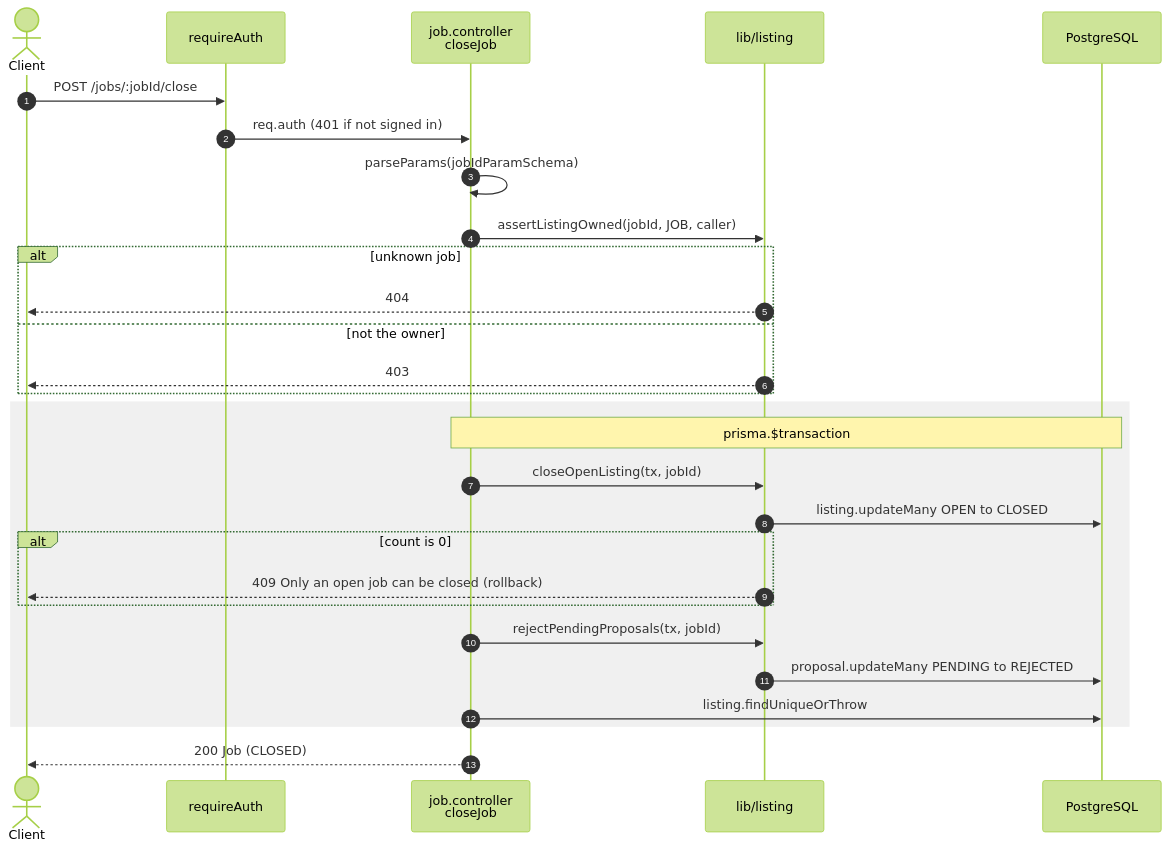
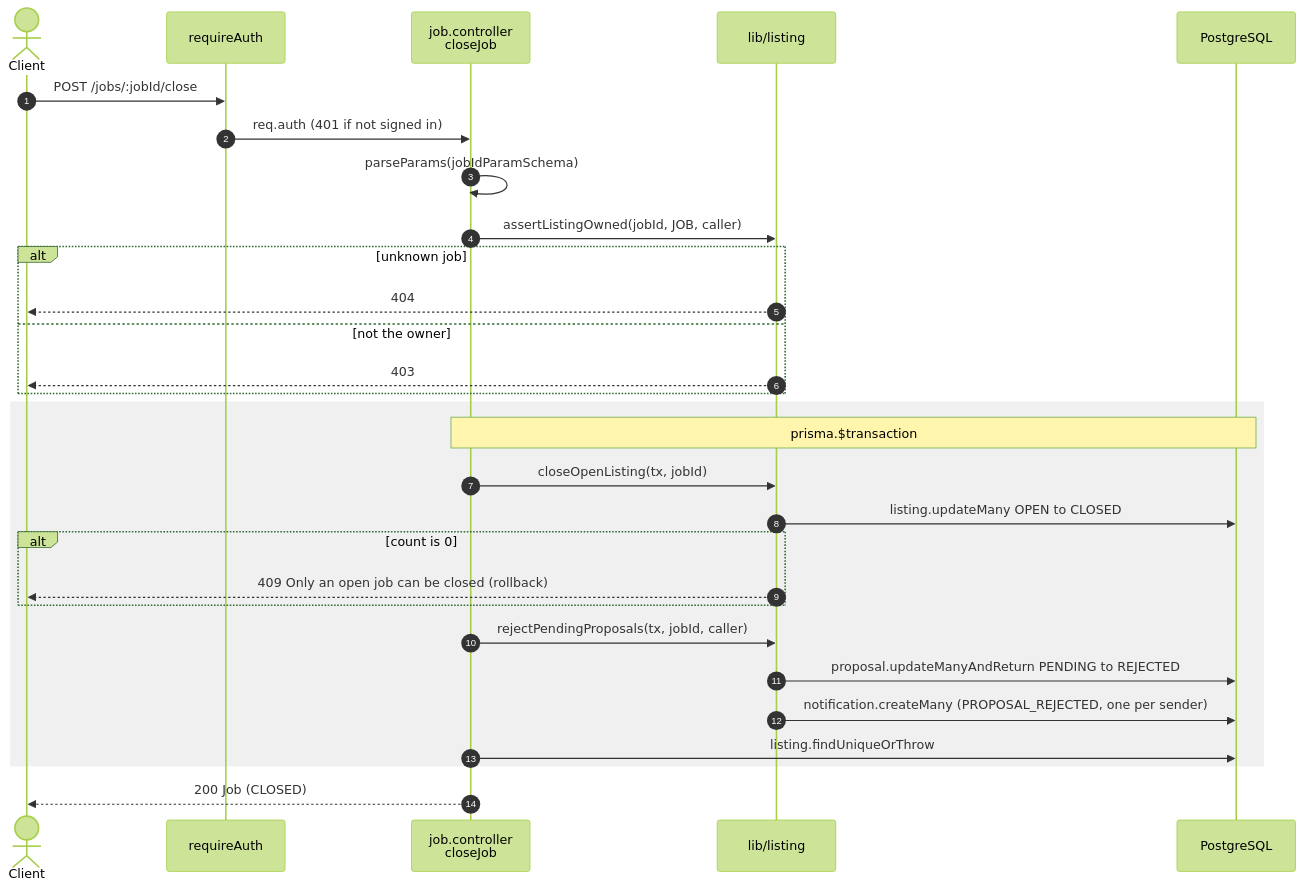
Before and after one commit to taofuuu/MangoDB: the seventh of 8 diagrams in docs/api/jobs.md, drawn with Mermaid (forest theme). The commit also changed other lines of this file and 9 other files, not shown here.

````diff
--- a/docs/api/jobs.md
+++ b/docs/api/jobs.md
@@ -215,31 +215,32 @@
 ```mermaid
 sequenceDiagram
     autonumber
     actor C as Client
     participant G as requireAuth
     participant Ctl as job.controller<br/>closeJob
     participant L as lib/listing
     participant DB as PostgreSQL
 
     C->>G: POST /jobs/:jobId/close
     G->>Ctl: req.auth (401 if not signed in)
     Ctl->>Ctl: parseParams(jobIdParamSchema)
     Ctl->>L: assertListingOwned(jobId, JOB, caller)
     alt unknown job
         L-->>C: 404
     else not the owner
         L-->>C: 403
     end
     rect rgba(128, 128, 128, 0.12)
         Note over Ctl,DB: prisma.$transaction
         Ctl->>L: closeOpenListing(tx, jobId)
         L->>DB: listing.updateMany OPEN to CLOSED
         alt count is 0
             L-->>C: 409 Only an open job can be closed (rollback)
         end
-        Ctl->>L: rejectPendingProposals(tx, jobId)
-        L->>DB: proposal.updateMany PENDING to REJECTED
+        Ctl->>L: rejectPendingProposals(tx, jobId, caller)
+        L->>DB: proposal.updateManyAndReturn PENDING to REJECTED
+        L->>DB: notification.createMany (PROPOSAL_REJECTED, one per sender)
         Ctl->>DB: listing.findUniqueOrThrow
     end
     Ctl-->>C: 200 Job (CLOSED)
 ```
````
